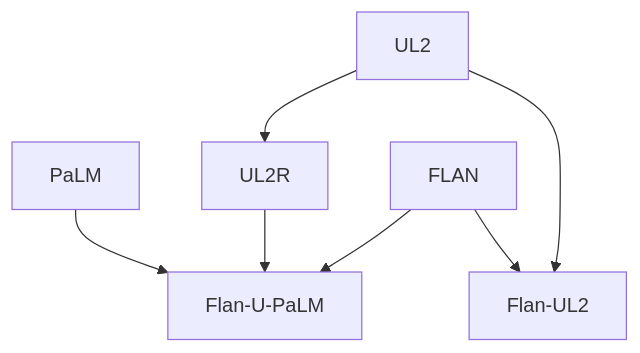
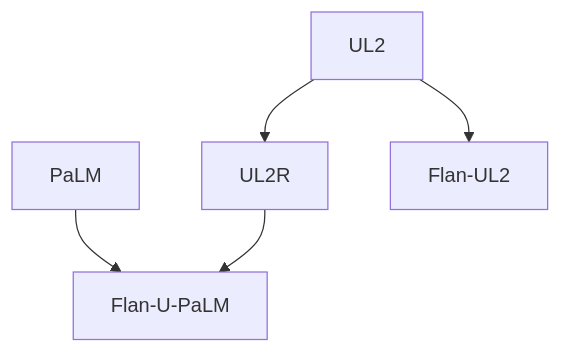
One commit to ted-sharp/chatvox changed diagram 15 of 23 in doc/llm.md. Above: the diagram before and after it, drawn with Mermaid. The commit also changed other lines of this file, not shown here.

````diff
--- a/doc/llm.md
+++ b/doc/llm.md
@@ -675,9 +678,7 @@
 ```mermaid
 flowchart
 
 PaLM --> Flan-U-PaLM
 UL2 --> UL2R --> Flan-U-PaLM
-FLAN --> Flan-U-PaLM
 UL2 --> Flan-UL2
-FLAN --> Flan-UL2
 ```
````
